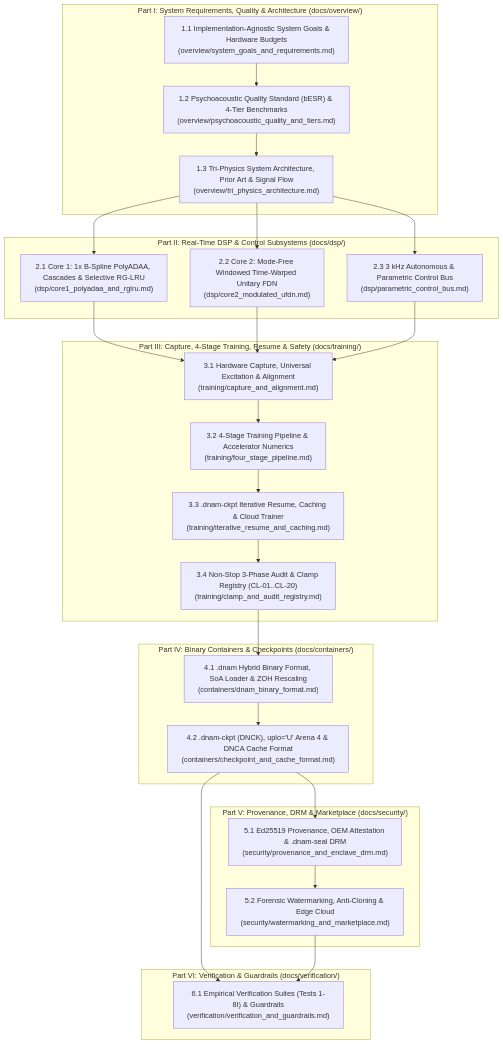
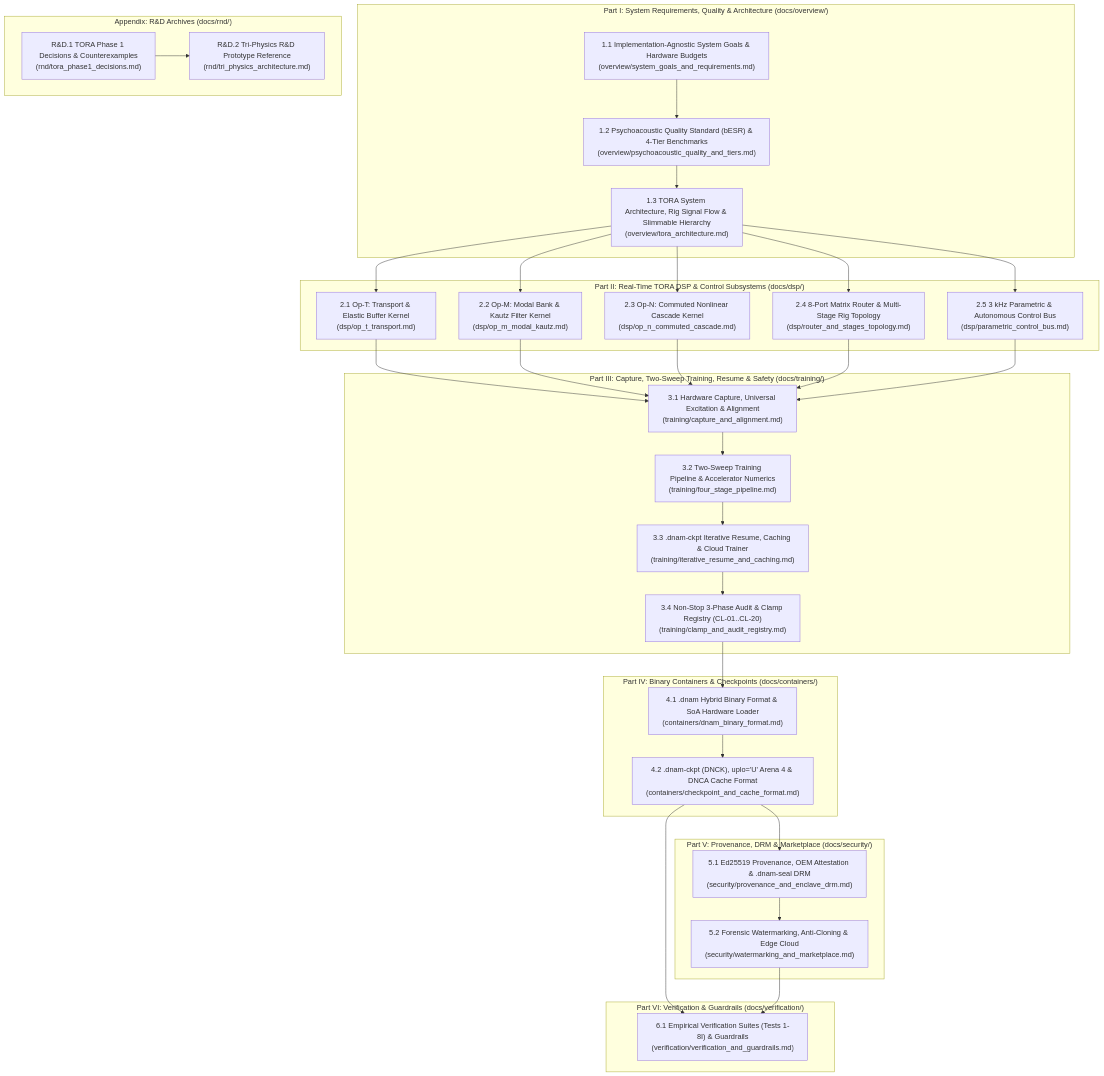
Before and after one commit to dnam-project/dnam: the diagram in docs/index.md, drawn with Mermaid. The commit also changed other lines of this file and 105 other files, not shown here.

First line of the commit message:
docs: close TORA Phase 1 design reconciliation

````diff
--- a/docs/index.md
+++ b/docs/index.md
@@ -11,45 +11,53 @@
 ```mermaid
 flowchart TD
     subgraph Part1 ["Part I: System Requirements, Quality & Architecture (docs/overview/)"]
         G1["1.1 Implementation-Agnostic System Goals & Hardware Budgets<br/>(overview/system_goals_and_requirements.md)"]
         G2["1.2 Psychoacoustic Quality Standard (bESR) & 4-Tier Benchmarks<br/>(overview/psychoacoustic_quality_and_tiers.md)"]
-        G3["1.3 Tri-Physics System Architecture, Prior Art & Signal Flow<br/>(overview/tri_physics_architecture.md)"]
+        G3["1.3 TORA System Architecture, Rig Signal Flow & Slimmable Hierarchy<br/>(overview/tora_architecture.md)"]
         G1 --> G2 --> G3
     end
 
-    subgraph Part2 ["Part II: Real-Time DSP & Control Subsystems (docs/dsp/)"]
-        D1["2.1 Core 1: 1x B-Spline PolyADAA, Cascades & Selective RG-LRU<br/>(dsp/core1_polyadaa_and_rglru.md)"]
-        D2["2.2 Core 2: Mode-Free Windowed Time-Warped Unitary FDN<br/>(dsp/core2_modulated_ufdn.md)"]
-        D3["2.3 3 kHz Autonomous & Parametric Control Bus<br/>(dsp/parametric_control_bus.md)"]
+    subgraph Part7 ["Appendix: R&D Archives (docs/rnd/)"]
+        R1["R&D.1 TORA Phase 1 Decisions & Counterexamples<br/>(rnd/tora_phase1_decisions.md)"]
+        R2["R&D.2 Tri-Physics R&D Prototype Reference<br/>(rnd/tri_physics_architecture.md)"]
+        R1 --> R2
     end
 
-    subgraph Part3 ["Part III: Capture, 4-Stage Training, Resume & Safety (docs/training/)"]
+    subgraph Part2 ["Part II: Real-Time TORA DSP & Control Subsystems (docs/dsp/)"]
+        D1["2.1 Op-T: Transport & Elastic Buffer Kernel<br/>(dsp/op_t_transport.md)"]
+        D2["2.2 Op-M: Modal Bank & Kautz Filter Kernel<br/>(dsp/op_m_modal_kautz.md)"]
+        D3["2.3 Op-N: Commuted Nonlinear Cascade Kernel<br/>(dsp/op_n_commuted_cascade.md)"]
+        D4["2.4 8-Port Matrix Router & Multi-Stage Rig Topology<br/>(dsp/router_and_stages_topology.md)"]
+        D5["2.5 3 kHz Parametric & Autonomous Control Bus<br/>(dsp/parametric_control_bus.md)"]
+    end
+
+    subgraph Part3 ["Part III: Capture, Two-Sweep Training, Resume & Safety (docs/training/)"]
         T1["3.1 Hardware Capture, Universal Excitation & Alignment<br/>(training/capture_and_alignment.md)"]
-        T2["3.2 4-Stage Training Pipeline & Accelerator Numerics<br/>(training/four_stage_pipeline.md)"]
+        T2["3.2 Two-Sweep Training Pipeline & Accelerator Numerics<br/>(training/four_stage_pipeline.md)"]
         T3["3.3 .dnam-ckpt Iterative Resume, Caching & Cloud Trainer<br/>(training/iterative_resume_and_caching.md)"]
         T4["3.4 Non-Stop 3-Phase Audit & Clamp Registry (CL-01..CL-20)<br/>(training/clamp_and_audit_registry.md)"]
         T1 --> T2 --> T3 --> T4
     end
 
     subgraph Part4 ["Part IV: Binary Containers & Checkpoints (docs/containers/)"]
-        C1["4.1 .dnam Hybrid Binary Format, SoA Loader & ZOH Rescaling<br/>(containers/dnam_binary_format.md)"]
+        C1["4.1 .dnam Hybrid Binary Format & SoA Hardware Loader<br/>(containers/dnam_binary_format.md)"]
         C2["4.2 .dnam-ckpt (DNCK), uplo='U' Arena 4 & DNCA Cache Format<br/>(containers/checkpoint_and_cache_format.md)"]
         C1 --> C2
     end
 
     subgraph Part5 ["Part V: Provenance, DRM & Marketplace (docs/security/)"]
         S1["5.1 Ed25519 Provenance, OEM Attestation & .dnam-seal DRM<br/>(security/provenance_and_enclave_drm.md)"]
         S2["5.2 Forensic Watermarking, Anti-Cloning & Edge Cloud<br/>(security/watermarking_and_marketplace.md)"]
         S1 --> S2
     end
 
     subgraph Part6 ["Part VI: Verification & Guardrails (docs/verification/)"]
         V1["6.1 Empirical Verification Suites (Tests 1-8I) & Guardrails<br/>(verification/verification_and_guardrails.md)"]
     end
 
-    G3 --> D1 & D2 & D3
-    D1 & D2 & D3 --> T1
+    G3 --> D1 & D2 & D3 & D4 & D5
+    D1 & D2 & D3 & D4 & D5 --> T1
     T4 --> C1
     C2 --> S1 & V1
     S2 --> V1
 ```
````
